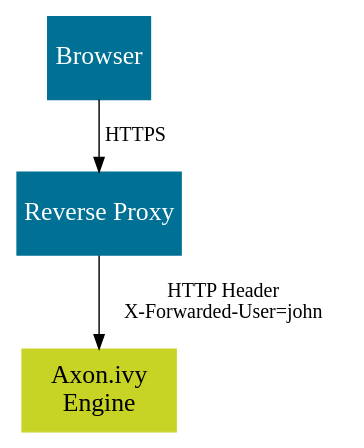
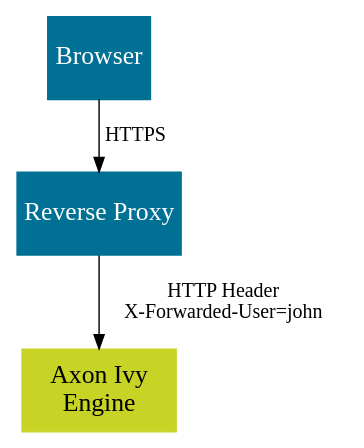
One commit to bernhardAxonIvy/doc changed the diagram in source/engine-guide/integration/single-sign-on/overview.dot. Above: the diagram before and after it, drawn with Graphviz. The commit also changed 162 other files, not shown here.

Commit message:
XIVY-5540 Rebrand javadoc, doc and techdoc with Axon Ivy

```diff
--- a/source/engine-guide/integration/single-sign-on/overview.dot
+++ b/source/engine-guide/integration/single-sign-on/overview.dot
@@ -1,19 +1,19 @@
 
 digraph overview {
   node [
     shape=box, 
     style=filled,
     margin=0 width=2 height=0.8
     fontcolor="white",    
     color="#007095",
     fixedsize=true,
     fontsize=18
   ];
 
   browser [ label="Browser", pos = "0,3!", width=1];
   reverseproxy [ label="Reverse Proxy",pos = "3.5,3!" width=1.6]; 
-  engine [label="Axon.ivy\nEngine", pos="7,3!", width="1.5", color="#C7D426", fontcolor="black"];
+  engine [label="Axon Ivy\nEngine", pos="7,3!", width="1.5", color="#C7D426", fontcolor="black"];
   
   browser -> reverseproxy [ label="HTTPS"];
   reverseproxy -> engine [ label="HTTP Header\nX-Forwarded-User=john"];
 }
```
